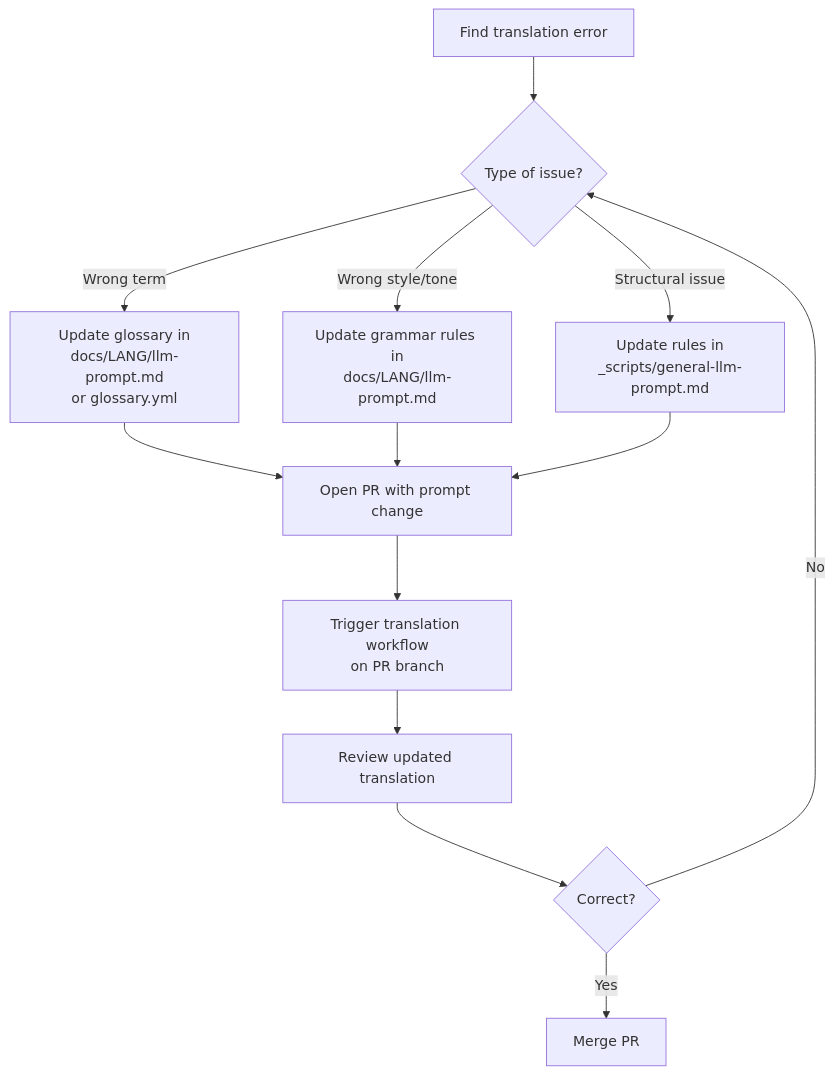
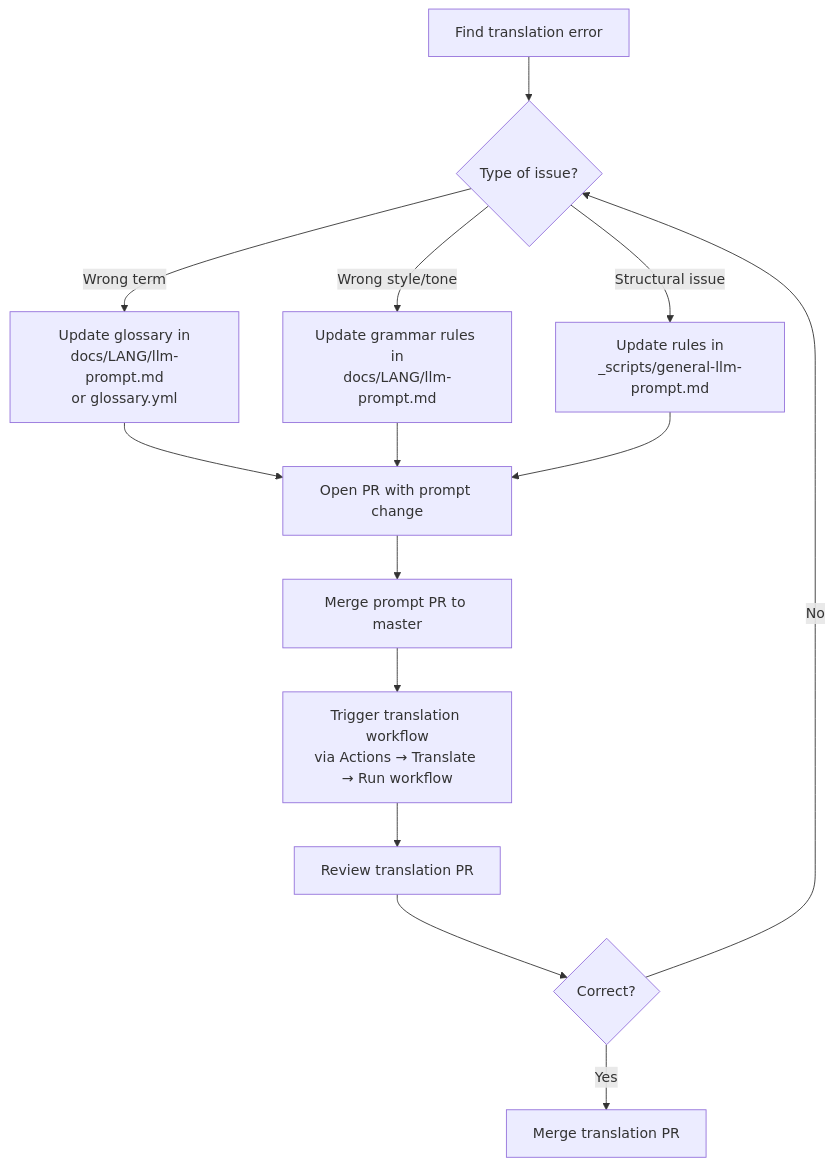
The first of 3 diagrams in TRANSLATING.md (GrootJ/nextflow_training), drawn with Mermaid before and after one commit. The commit also changed other lines of this file, not shown here.

Commit message:
Fix TRANSLATING.md diagrams and text to reflect actual workflow (#909)

````diff
--- a/TRANSLATING.md
+++ b/TRANSLATING.md
@@ -38,15 +38,16 @@
 ```mermaid
 flowchart TD
     A[Find translation error] --> B{Type of issue?}
     B -->|Wrong term| C[Update glossary in<br>docs/LANG/llm-prompt.md<br>or glossary.yml]
     B -->|Wrong style/tone| D[Update grammar rules in<br>docs/LANG/llm-prompt.md]
     B -->|Structural issue| E[Update rules in<br>_scripts/general-llm-prompt.md]
     C --> F[Open PR with prompt change]
     D --> F
     E --> F
-    F --> G[Trigger translation workflow<br>on PR branch]
-    G --> H[Review updated translation]
-    H --> I{Correct?}
-    I -->|Yes| J[Merge PR]
-    I -->|No| B
+    F --> G[Merge prompt PR to master]
+    G --> H[Trigger translation workflow<br>via Actions → Translate → Run workflow]
+    H --> I[Review translation PR]
+    I --> J{Correct?}
+    J -->|Yes| K[Merge translation PR]
+    J -->|No| B
 ```
````
